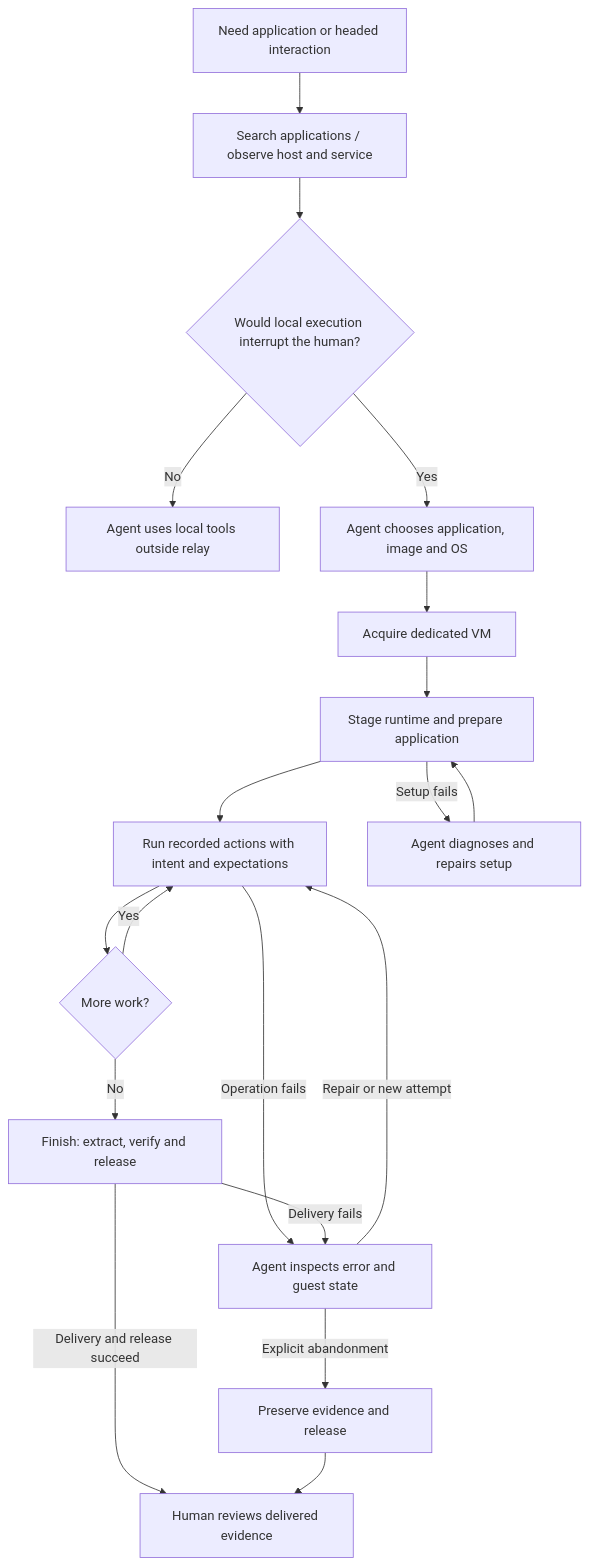
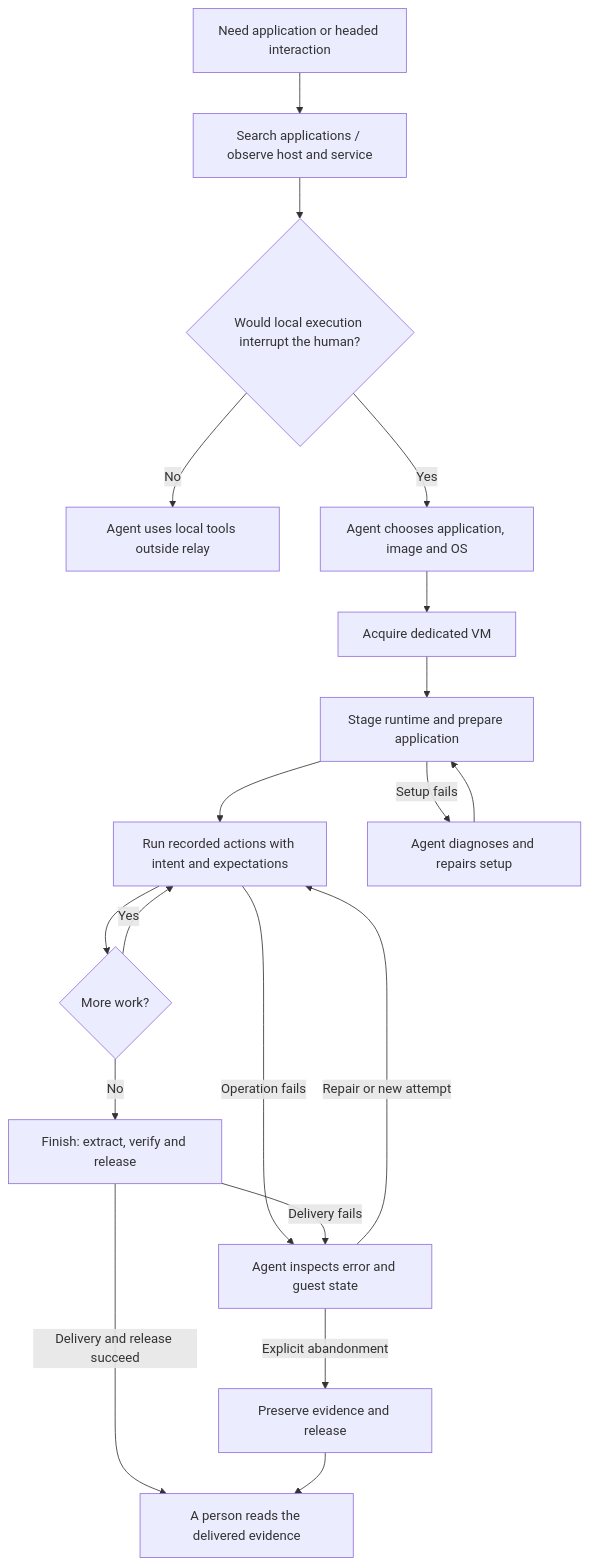
One commit to WeZZard/mcp-vm-relay changed the diagram in docs/ux-design.md. Above: the diagram before and after it, drawn with Mermaid. The commit also changed other lines of this file and 13 other files, not shown here.

First line of the commit message:
feat(review-page): explain verdicts, drop human review, add a dev server

````diff
--- a/docs/ux-design.md
+++ b/docs/ux-design.md
@@ -82,21 +82,21 @@
 ```mermaid
 flowchart TD
     Need[Need application or headed interaction] --> Discover[Search applications / observe host and service]
     Discover --> Interrupt{Would local execution interrupt the human?}
     Interrupt -->|No| Local[Agent uses local tools outside relay]
     Interrupt -->|Yes| Choose[Agent chooses application, image and OS]
     Choose --> Acquire[Acquire dedicated VM]
     Acquire --> Stage[Stage runtime and prepare application]
     Stage --> Run[Run recorded actions with intent and expectations]
     Run --> More{More work?}
     More -->|Yes| Run
     More -->|No| Finish[Finish: extract, verify and release]
     Run -->|Operation fails| Diagnose[Agent inspects error and guest state]
     Diagnose -->|Repair or new attempt| Run
     Diagnose -->|Explicit abandonment| Release[Preserve evidence and release]
     Stage -->|Setup fails| Repair[Agent diagnoses and repairs setup]
     Repair --> Stage
     Finish -->|Delivery fails| Diagnose
-    Finish -->|Delivery and release succeed| Review[Human reviews delivered evidence]
+    Finish -->|Delivery and release succeed| Review[A person reads the delivered evidence]
     Release --> Review
 ```
````
